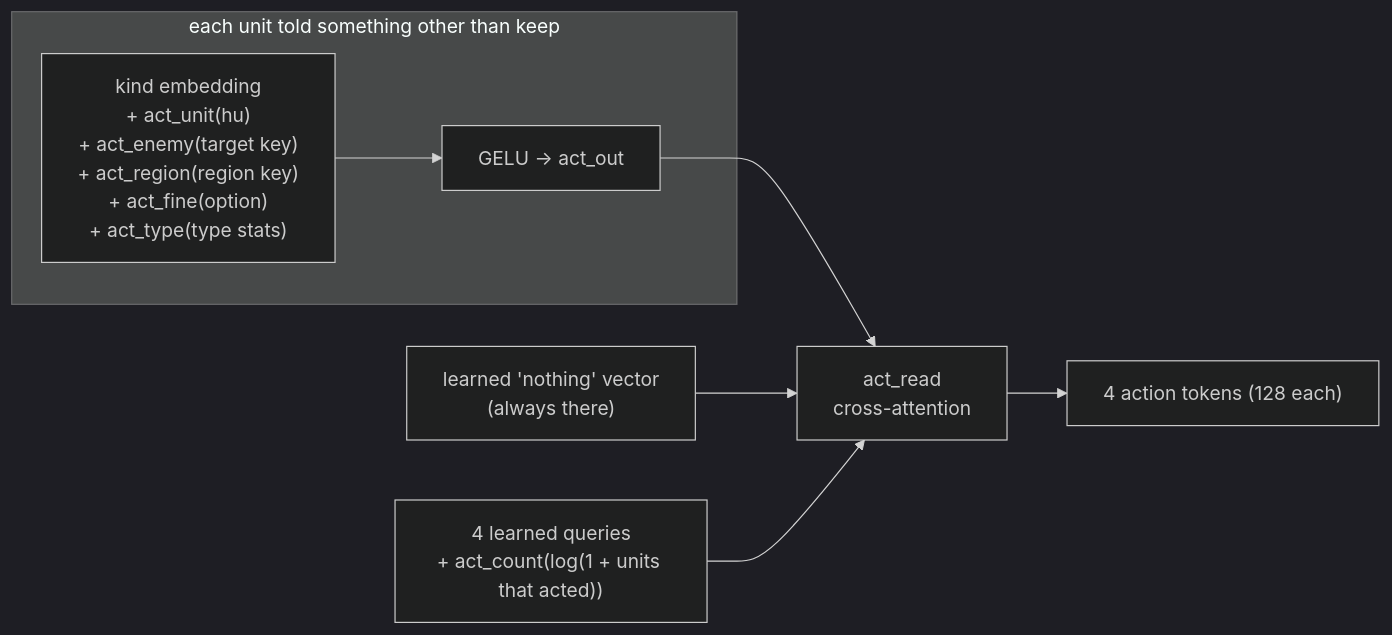
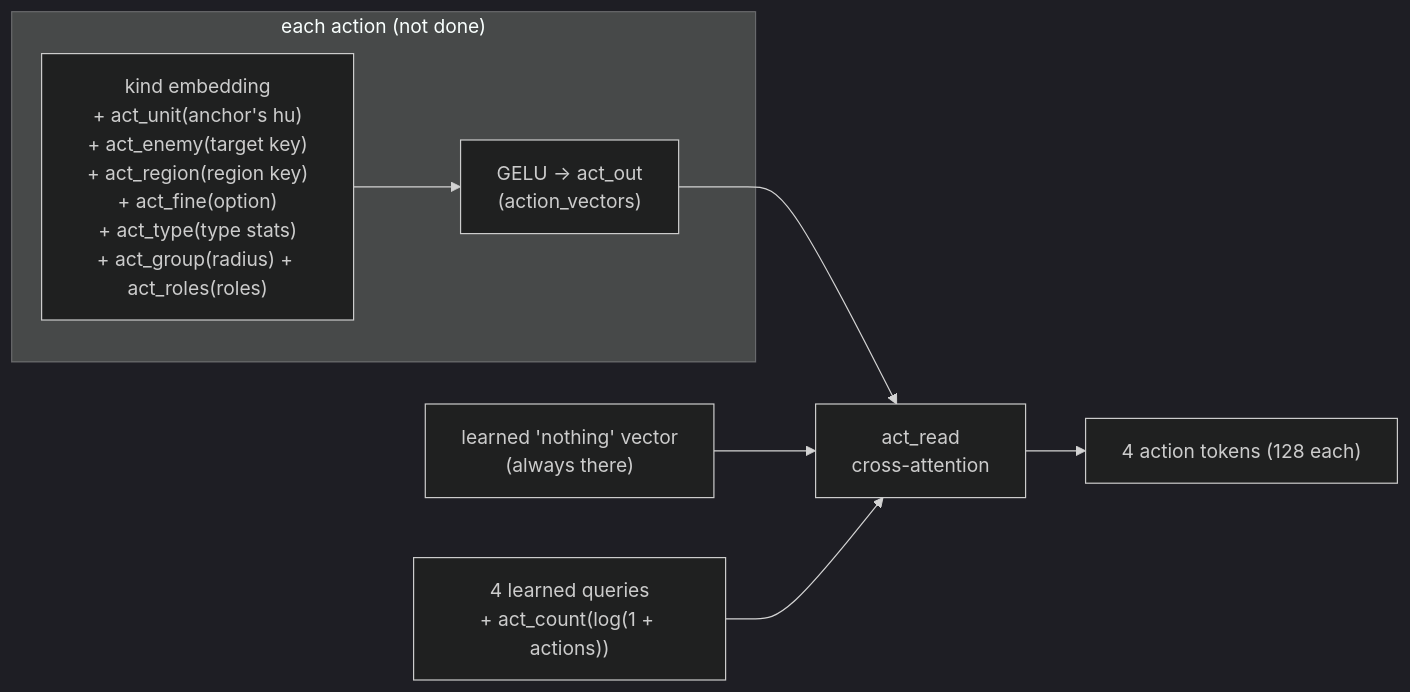
The ninth of 11 diagrams in docs/model.md (pts1667/zk-ArenaAI), drawn with Mermaid (dark theme) before and after one commit. The commit also changed other lines of this file and 47 other files, not shown here.

First line of the commit message:
Add air, group orders and Pluto-style actions; train a bigger encoder; add a diversity bonus

````diff
--- a/docs/model.md
+++ b/docs/model.md
@@ -249,13 +301,13 @@
 ```mermaid
 flowchart LR
-    subgraph each ["each unit told something other than keep"]
-        E["kind embedding<br/>+ act_unit(hu)<br/>+ act_enemy(target key)<br/>+ act_region(region key)<br/>+ act_fine(option)<br/>+ act_type(type stats)"] --> G["GELU → act_out"]
+    subgraph each ["each action (not done)"]
+        E["kind embedding<br/>+ act_unit(anchor's hu)<br/>+ act_enemy(target key)<br/>+ act_region(region key)<br/>+ act_fine(option)<br/>+ act_type(type stats)<br/>+ act_group(radius) + act_roles(roles)"] --> G["GELU → act_out<br/>(action_vectors)"]
     end
     NOTH["learned 'nothing' vector<br/>(always there)"]
-    Q4["4 learned queries<br/>+ act_count(log(1 + units that acted))"]
+    Q4["4 learned queries<br/>+ act_count(log(1 + actions))"]
     CR["act_read<br/>cross-attention"]
     OUT["4 action tokens (128 each)"]
     G --> CR
     NOTH --> CR
     Q4 --> CR --> OUT
 ```
````
